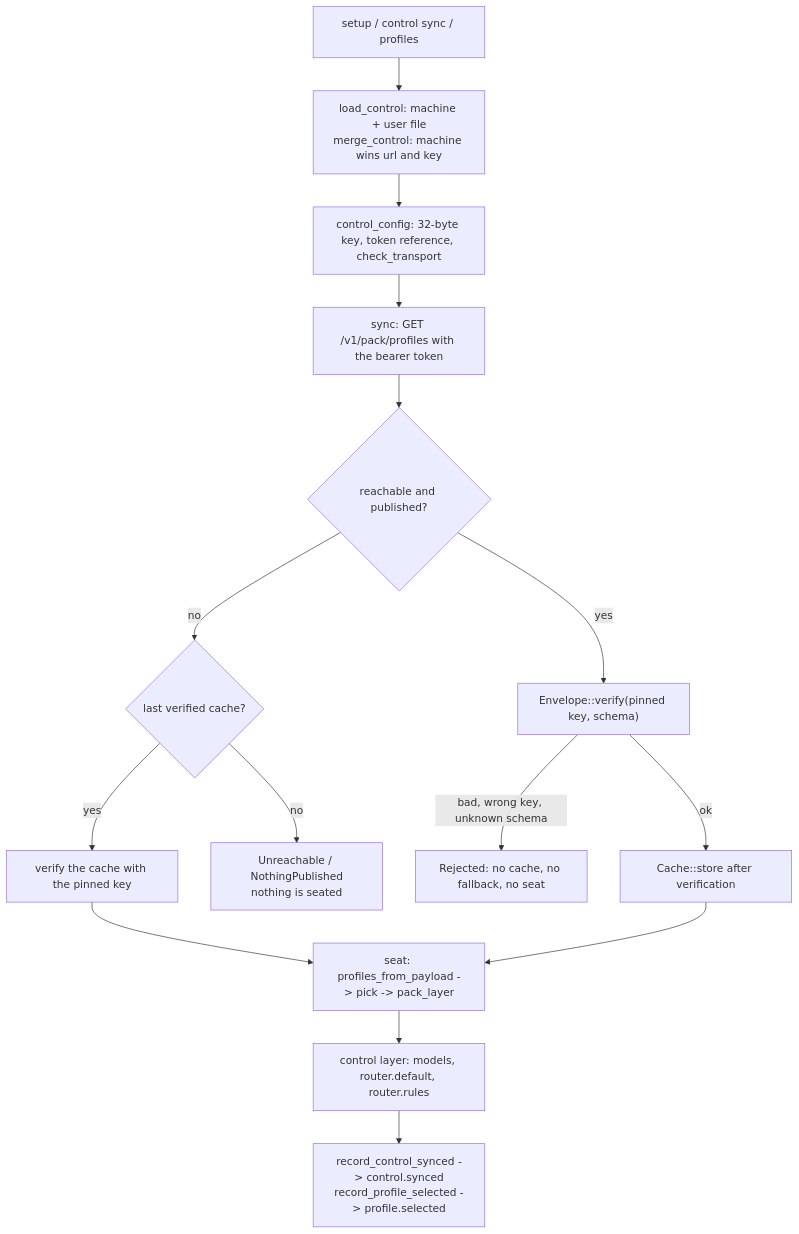
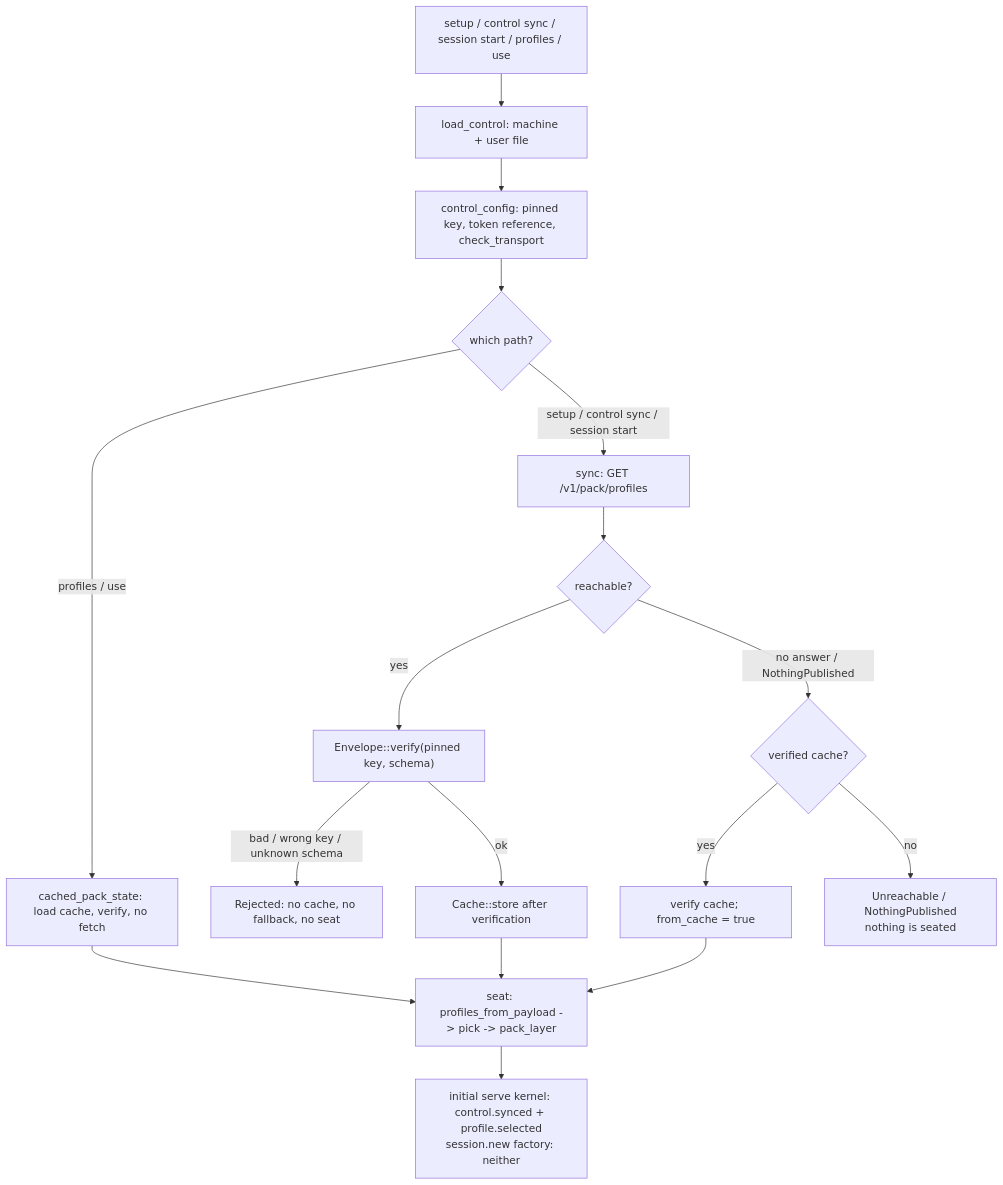
Before and after one commit to fengchangfight/loongagent: the diagram in docs/design/flows/pack-install.md, drawn with Mermaid. The commit also changed other lines of this file and 6 other files, not shown here.

Commit message:
docs(flows): link the resume, compaction and pack mechanisms

````diff
--- a/docs/design/flows/pack-install.md
+++ b/docs/design/flows/pack-install.md
@@ -102,17 +71,19 @@
 ```mermaid
 flowchart TD
-    A["setup / control sync / profiles"] --> B["load_control: machine + user file<br/>merge_control: machine wins url and key"]
-    B --> C["control_config: 32-byte key, token reference, check_transport"]
-    C --> D["sync: GET /v1/pack/profiles with the bearer token"]
-    D --> E{"reachable and published?"}
-    E -- no --> F{"last verified cache?"}
-    F -- yes --> G["verify the cache with the pinned key"]
-    G --> H["seat: profiles_from_payload -> pick -> pack_layer"]
-    F -- no --> I["Unreachable / NothingPublished<br/>nothing is seated"]
-    E -- yes --> J["Envelope::verify(pinned key, schema)"]
-    J -- "bad, wrong key, unknown schema" --> K["Rejected: no cache, no fallback, no seat"]
-    J -- ok --> L["Cache::store after verification"]
-    L --> H
-    H --> M["control layer: models, router.default, router.rules"]
-    M --> N["record_control_synced -> control.synced<br/>record_profile_selected -> profile.selected"]
+    A["setup / control sync / session start / profiles / use"] --> B["load_control: machine + user file"]
+    B --> C["control_config: pinned key, token reference, check_transport"]
+    C --> D{"which path?"}
+    D -- "setup / control sync / session start" --> E["sync: GET /v1/pack/profiles"]
+    D -- "profiles / use" --> F["cached_pack_state: load cache, verify, no fetch"]
+    E --> G{"reachable?"}
+    G -- yes --> H["Envelope::verify(pinned key, schema)"]
+    H -- "bad / wrong key / unknown schema" --> I["Rejected: no cache, no fallback, no seat"]
+    H -- ok --> J["Cache::store after verification"]
+    G -- "no answer / NothingPublished" --> K{"verified cache?"}
+    K -- yes --> L["verify cache; from_cache = true"]
+    K -- no --> M["Unreachable / NothingPublished<br/>nothing is seated"]
+    F --> N["seat: profiles_from_payload -> pick -> pack_layer"]
+    J --> N
+    L --> N
+    N --> O["initial serve kernel: control.synced + profile.selected<br/>session.new factory: neither"]
 ```
````
